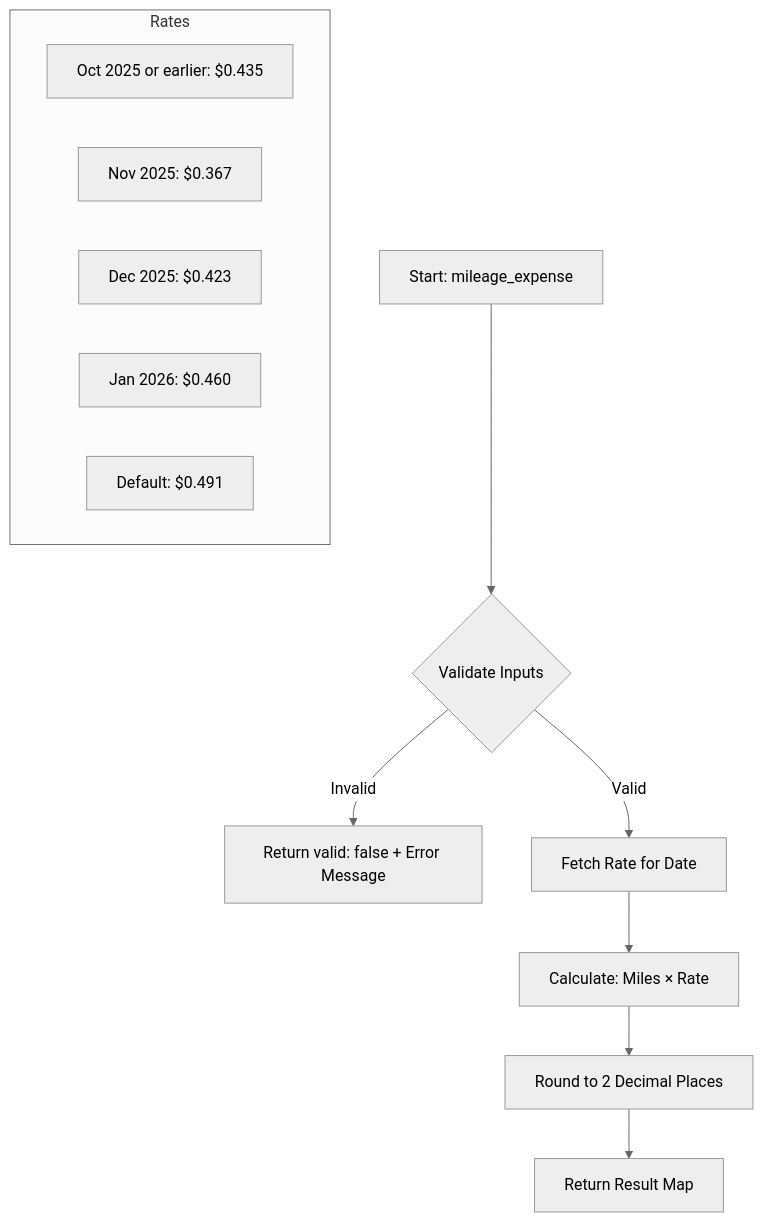
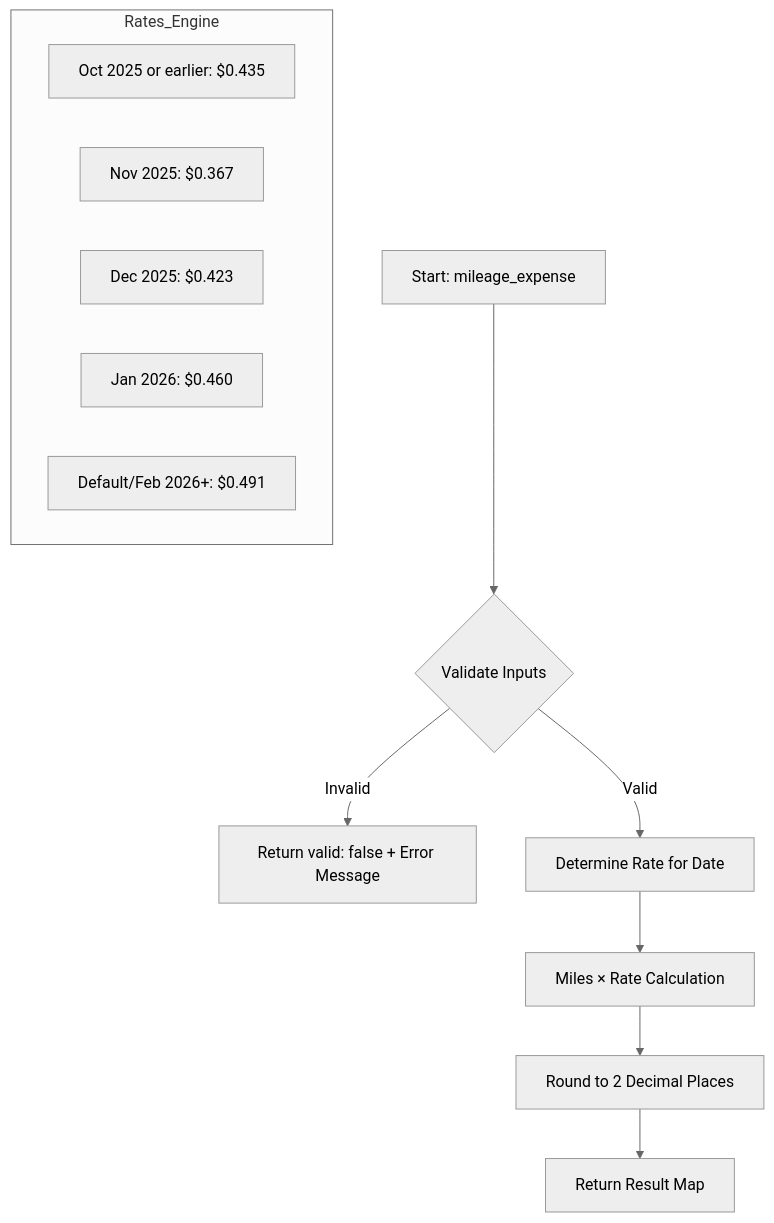
One commit to karanAtreya1986/zact_coding_practices changed the first of 2 diagrams in README.md. Above: the diagram before and after it, drawn with Mermaid (neutral theme). The commit also changed other lines of this file, not shown here.

Commit message:
docs: include more project information with diagrams and setup instructions

````diff
--- a/README.md
+++ b/README.md
@@ -25,17 +28,17 @@
 ```mermaid
 graph TD
     A[Start: mileage_expense] --> B{Validate Inputs}
     B -- Invalid --> C[Return valid: false + Error Message]
-    B -- Valid --> D[Fetch Rate for Date]
-    D --> E[Calculate: Miles × Rate]
+    B -- Valid --> D[Determine Rate for Date]
+    D --> E[Miles × Rate Calculation]
     E --> F[Round to 2 Decimal Places]
     F --> G[Return Result Map]
     
-    subgraph Rates
+    subgraph Rates_Engine
         R1[Oct 2025 or earlier: $0.435]
         R2[Nov 2025: $0.367]
         R3[Dec 2025: $0.423]
         R4[Jan 2026: $0.460]
-        R5[Default: $0.491]
+        R5[Default/Feb 2026+: $0.491]
     end
 ```
````
